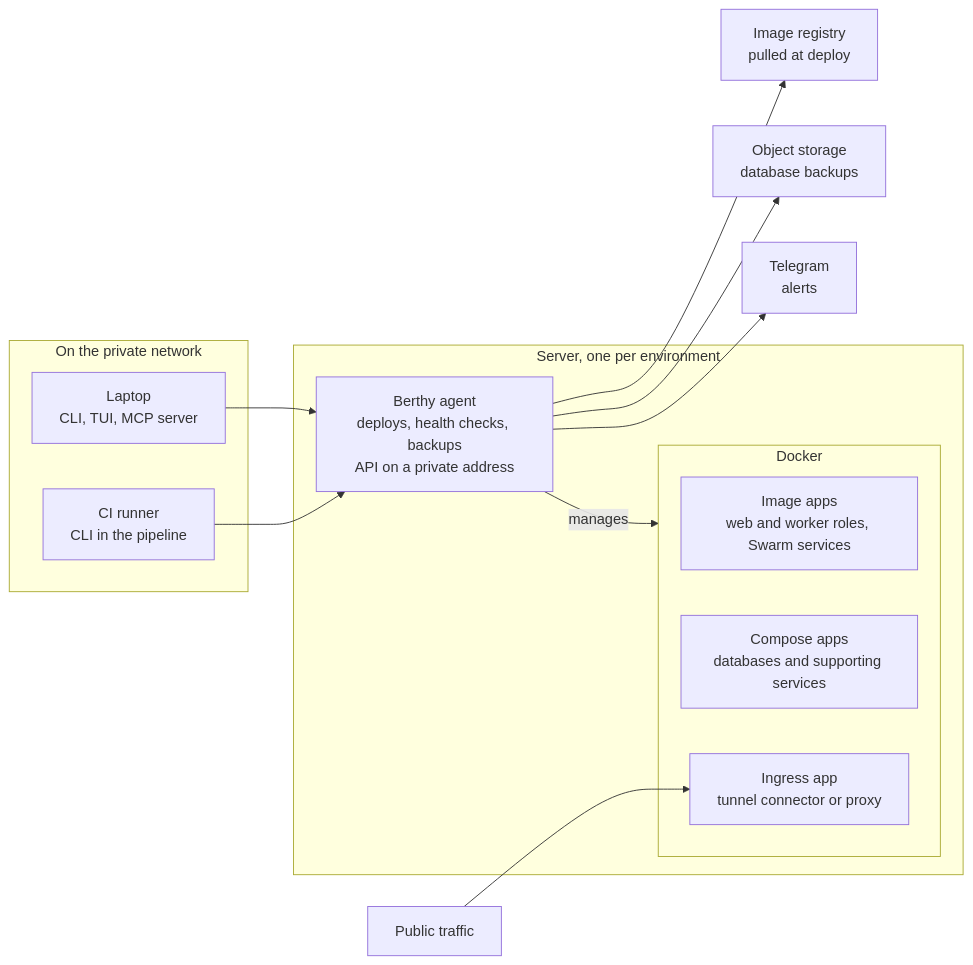
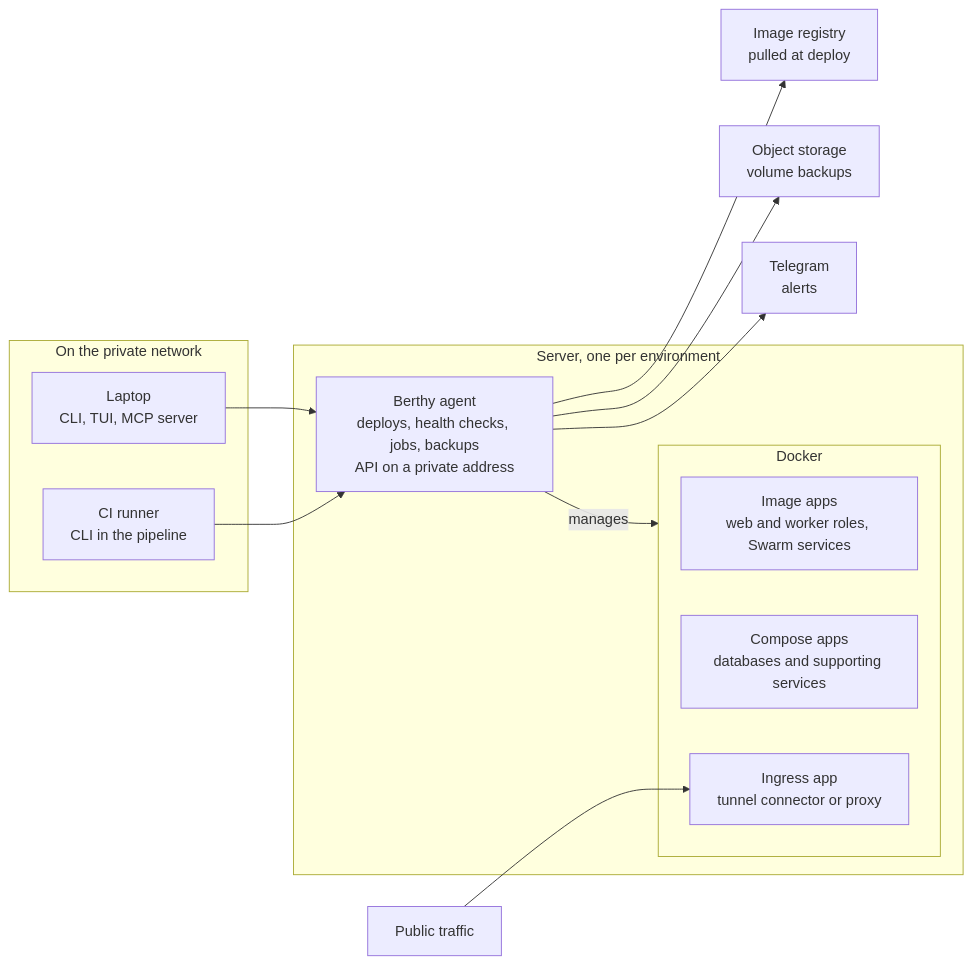
The diagram in docs/spec-v1.md (fredimachado/berthy), drawn with Mermaid before and after one commit. The commit also changed other lines of this file and 1 other file, not shown here.

Commit message:
docs: specify volume backups and scheduled container commands

````diff
--- a/docs/spec-v1.md
+++ b/docs/spec-v1.md
@@ -48,29 +48,29 @@
 ```mermaid
 flowchart LR
   subgraph private["On the private network"]
     laptop["Laptop<br/>CLI, TUI, MCP server"]
     ci["CI runner<br/>CLI in the pipeline"]
   end
 
   subgraph server["Server, one per environment"]
-    agent["Berthy agent<br/>deploys, health checks, backups<br/>API on a private address"]
+    agent["Berthy agent<br/>deploys, health checks, jobs, backups<br/>API on a private address"]
     subgraph docker["Docker"]
       image["Image apps<br/>web and worker roles, Swarm services"]
       compose["Compose apps<br/>databases and supporting services"]
       ingress["Ingress app<br/>tunnel connector or proxy"]
     end
   end
 
   registry["Image registry<br/>pulled at deploy"]
-  storage["Object storage<br/>database backups"]
+  storage["Object storage<br/>volume backups"]
   telegram["Telegram<br/>alerts"]
   public["Public traffic"]
 
   laptop --> agent
   ci --> agent
   agent -- manages --> docker
   agent --> registry
   agent --> storage
   agent --> telegram
   public --> ingress
 ```
````
